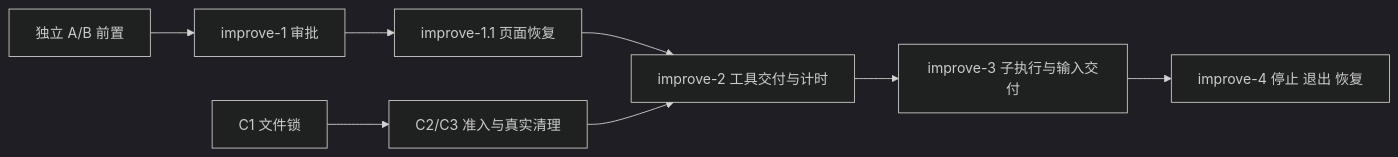
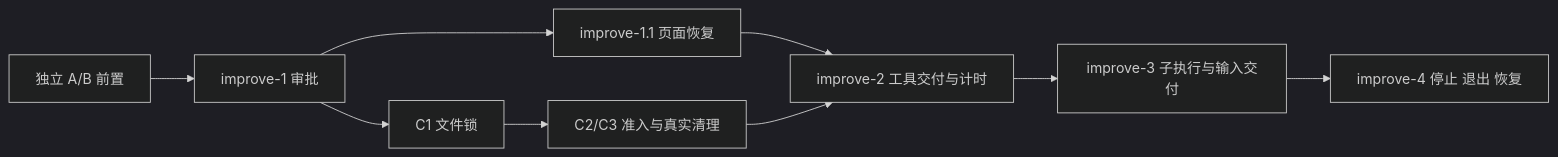
One commit to diverHansun/ohbaby-agent changed the diagram in docs/problem-lists/2026-09-19-execution-reliability/README.md. Above: the diagram before and after it, drawn with Mermaid (dark theme). The commit also changed other lines of this file and 19 other files, not shown here.

````diff
--- a/docs/problem-lists/2026-09-19-execution-reliability/README.md
+++ b/docs/problem-lists/2026-09-19-execution-reliability/README.md
@@ -69,10 +69,11 @@
 ```mermaid
 flowchart LR
   AB[独立 A/B 前置] --> I1[improve-1 审批]
   I1 --> I11[improve-1.1 页面恢复]
   I11 --> I2[improve-2 工具交付与计时]
+  I1 --> C1
   C1[C1 文件锁] --> C23[C2/C3 准入与真实清理]
   C23 --> I2
   I2 --> I3[improve-3 子执行与输入交付]
   I3 --> I4[improve-4 停止 退出 恢复]
 ```
````
